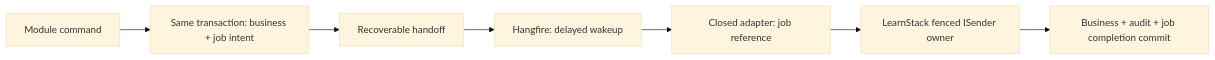
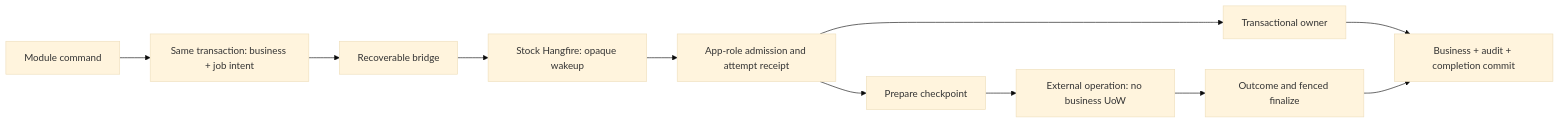
The diagram in docs/decisions/0047-transactional-background-job-runtime.md (HodeTech/LearnStack), drawn with Mermaid (base theme) before and after one commit. The commit also changed other lines of this file and 9 other files, not shown here.

````diff
--- a/docs/decisions/0047-transactional-background-job-runtime.md
+++ b/docs/decisions/0047-transactional-background-job-runtime.md
@@ -541,9 +238,13 @@
 ```mermaid
 flowchart LR
-    C[Module command] --> T[Same transaction: business + job intent]
-    T --> H[Recoverable handoff]
-    H --> V[Hangfire: delayed wakeup]
-    V --> A[Closed adapter: job reference]
-    A --> E[LearnStack fenced ISender owner]
-    E --> B[Business + audit + job completion commit]
+    C[Module command] --> I[Same transaction: business + job intent]
+    I --> B[Recoverable bridge]
+    B --> H[Stock Hangfire: opaque wakeup]
+    H --> A[App-role admission and attempt receipt]
+    A --> T[Transactional owner]
+    A --> P[Prepare checkpoint]
+    P --> X[External operation: no business UoW]
+    X --> F[Outcome and fenced finalize]
+    T --> D[Business + audit + completion commit]
+    F --> D
 ```
````
